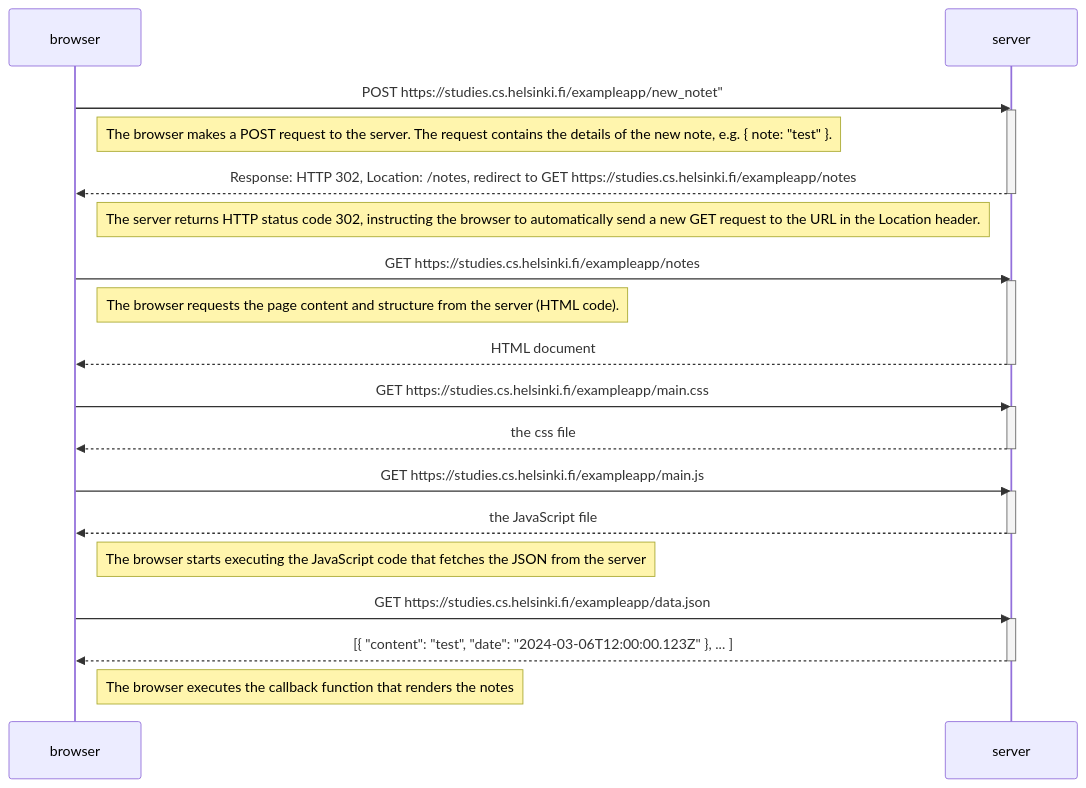
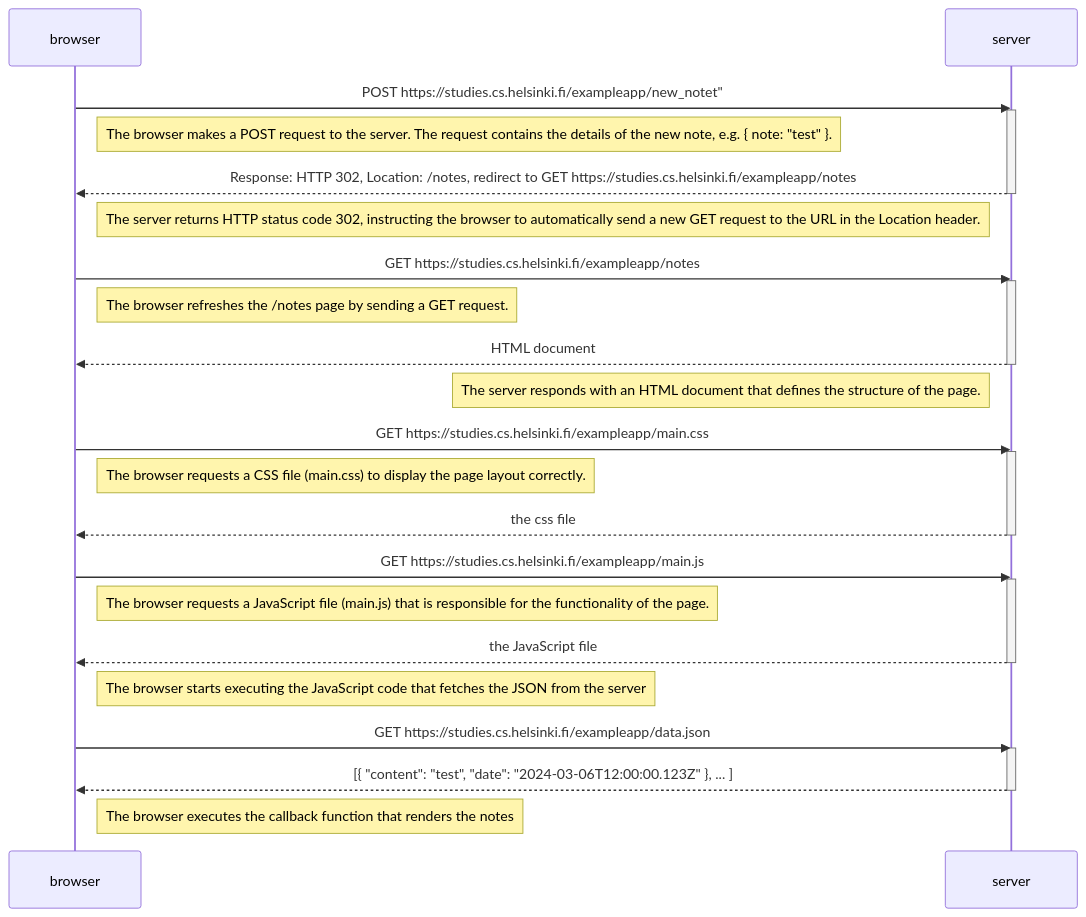
Before and after one commit to Maahantuoja/mooc_fullstackopen_palautusrepositorio: the diagram in osa0/README.md, drawn with Mermaid.

````diff
--- a/osa0/README.md
+++ b/osa0/README.md
@@ -5,42 +5,50 @@
 ```mermaid
 sequenceDiagram
     participant browser
     participant server
     
     browser->>server: POST https://studies.cs.helsinki.fi/exampleapp/new_notet"
     activate server
 
     Note right of browser: The browser makes a POST request to the server. The request contains the details of the new note, e.g. { note: "test" }.
 
     server-->>browser: Response: HTTP 302, Location: /notes, redirect to GET https://studies.cs.helsinki.fi/exampleapp/notes
     deactivate server
 
     Note left of server: The server returns HTTP status code 302, instructing the browser to automatically send a new GET request to the URL in the Location header.
 
     browser->>server: GET https://studies.cs.helsinki.fi/exampleapp/notes
     activate server
 
-    Note right of browser: The browser requests the page content and structure from the server (HTML code).
+    Note right of browser: The browser refreshes the /notes page by sending a GET request.
 
     server-->>browser: HTML document
     deactivate server
 
+    Note left of server: The server responds with an HTML document that defines the structure of the page.
+
     browser->>server: GET https://studies.cs.helsinki.fi/exampleapp/main.css
     activate server
+
+    Note right of browser: The browser requests a CSS file (main.css) to display the page layout correctly.
+
     server-->>browser: the css file
     deactivate server
     
     browser->>server: GET https://studies.cs.helsinki.fi/exampleapp/main.js
     activate server
+
+    Note right of browser: The browser requests a JavaScript file (main.js) that is responsible for the functionality of the page.
+
     server-->>browser: the JavaScript file
     deactivate server
     
     Note right of browser: The browser starts executing the JavaScript code that fetches the JSON from the server
     
     browser->>server: GET https://studies.cs.helsinki.fi/exampleapp/data.json
     activate server
     server-->>browser: [{ "content": "test", "date": "2024-03-06T12:00:00.123Z" }, ... ]
     deactivate server    
 
     Note right of browser: The browser executes the callback function that renders the notes 
 ```
````
